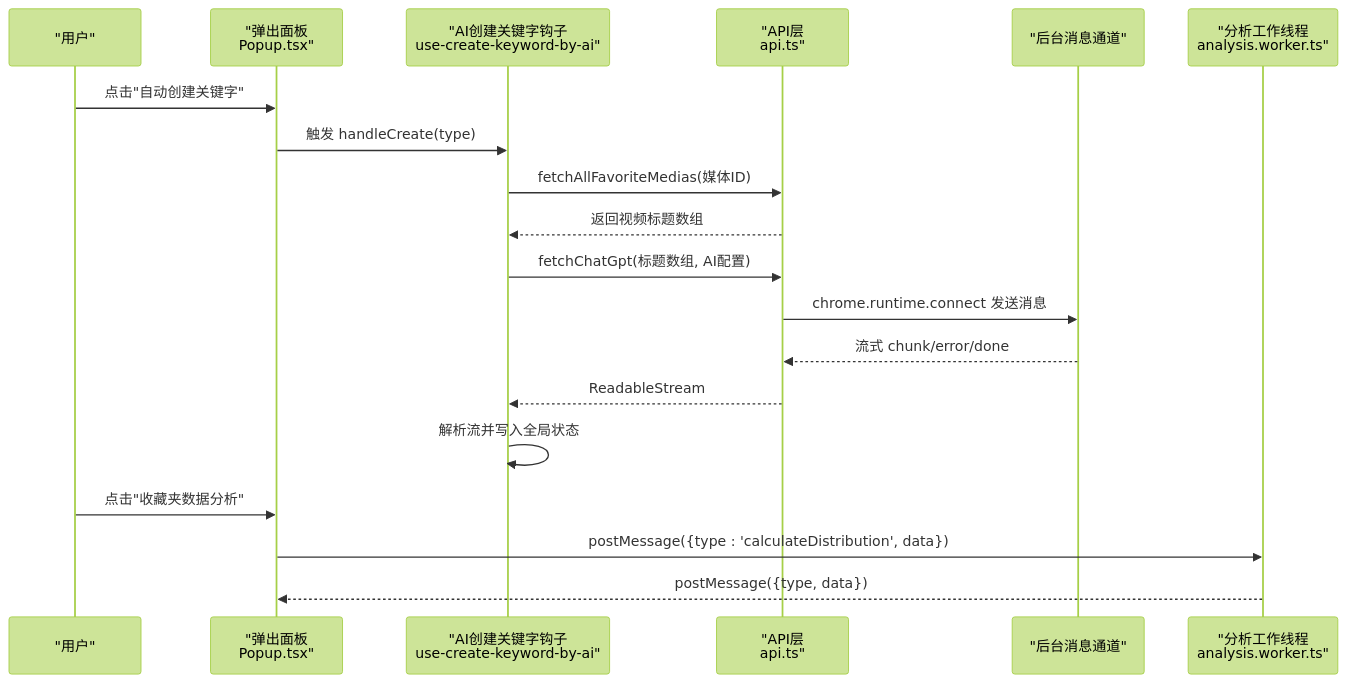
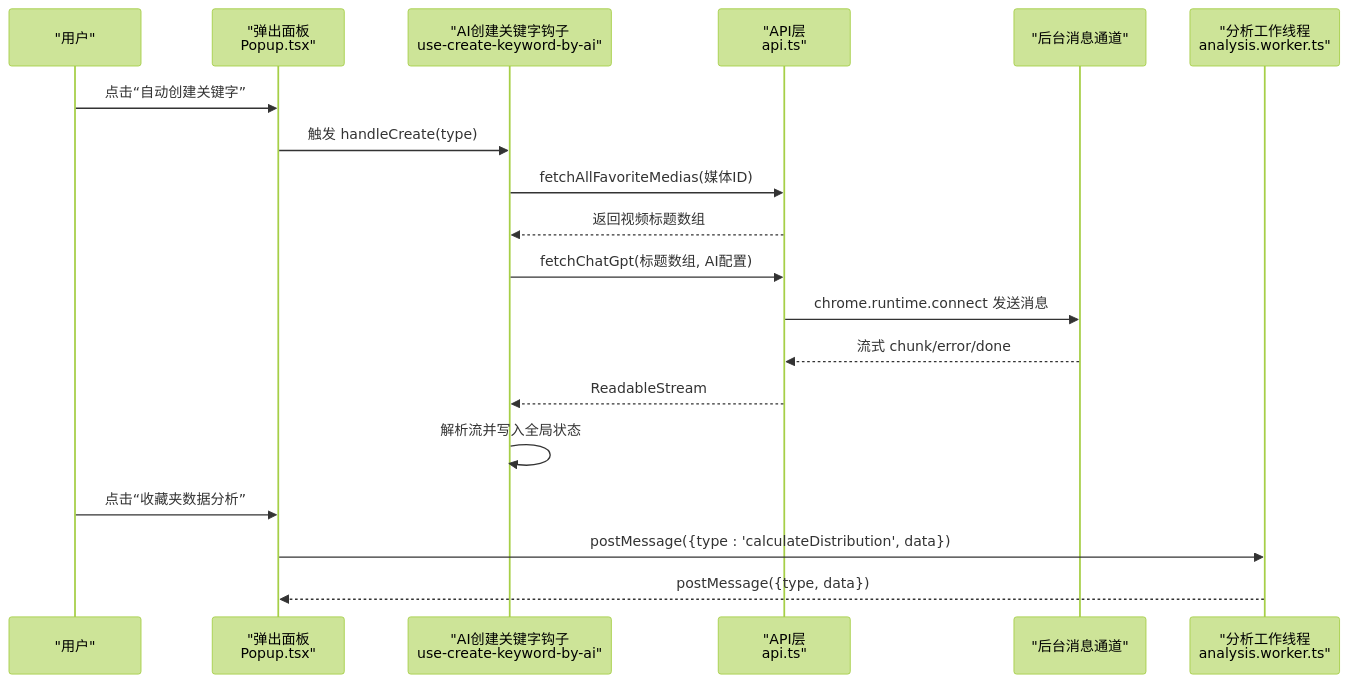
One commit to RadiumAg/bilibili-favorites changed the second of 7 diagrams in .qoder/repowiki/zh/content/核心功能模块/核心功能模块.md. Above: the diagram before and after it, drawn with Mermaid (forest theme). The commit also changed other lines of this file and 21 other files, not shown here.

````diff
--- a/.qoder/repowiki/zh/content/核心功能模块/核心功能模块.md
+++ b/.qoder/repowiki/zh/content/核心功能模块/核心功能模块.md
@@ -115,21 +104,21 @@
 ```mermaid
 sequenceDiagram
 participant U as "用户"
 participant P as "弹出面板<br/>Popup.tsx"
 participant HK as "AI创建关键字钩子<br/>use-create-keyword-by-ai"
 participant API as "API层<br/>api.ts"
 participant BG as "后台消息通道"
 participant W as "分析工作线程<br/>analysis.worker.ts"
-U->>P : 点击"自动创建关键字"
+U->>P : 点击“自动创建关键字”
 P->>HK : 触发 handleCreate(type)
 HK->>API : fetchAllFavoriteMedias(媒体ID)
 API-->>HK : 返回视频标题数组
 HK->>API : fetchChatGpt(标题数组, AI配置)
 API->>BG : chrome.runtime.connect 发送消息
 BG-->>API : 流式 chunk/error/done
 API-->>HK : ReadableStream
 HK->>HK : 解析流并写入全局状态
-U->>P : 点击"收藏夹数据分析"
+U->>P : 点击“收藏夹数据分析”
 P->>W : postMessage({type : 'calculateDistribution', data})
 W-->>P : postMessage({type, data})
 ```
````
